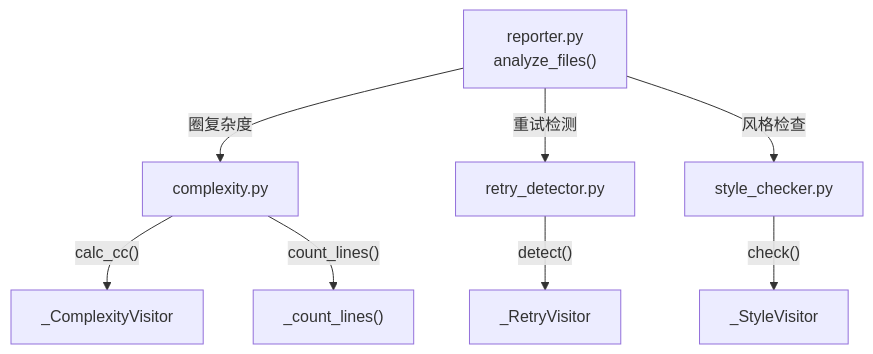
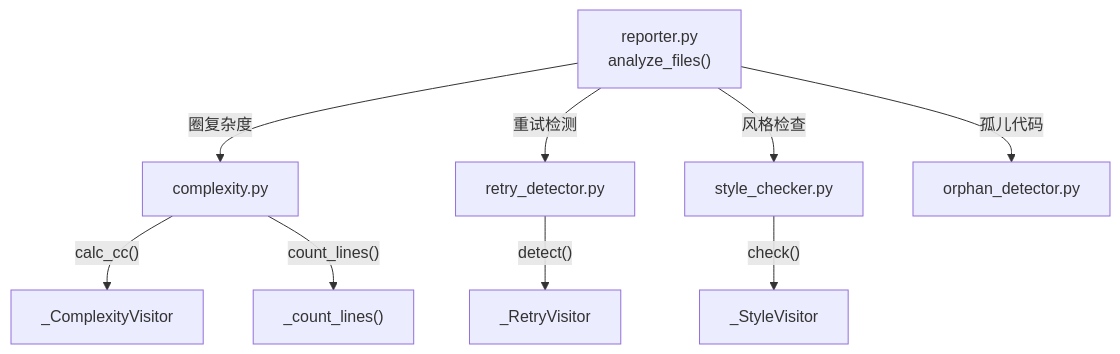
One commit to sunhatSH/CodeReviewerBot changed the diagram in docs/analyzers/python/structure.md. Above: the diagram before and after it, drawn with Mermaid. The commit also changed other lines of this file and 11 other files, not shown here.

````diff
--- a/docs/analyzers/python/structure.md
+++ b/docs/analyzers/python/structure.md
@@ -5,15 +5,17 @@
 ```mermaid
 graph TD
     REPORTER["reporter.py<br/>analyze_files()"] -->|圈复杂度| COMPLEXITY["complexity.py"]
     REPORTER -->|重试检测| RETRY["retry_detector.py"]
     REPORTER -->|风格检查| STYLE["style_checker.py"]
+    REPORTER -->|孤儿代码| ORPHAN["orphan_detector.py"]
     COMPLEXITY -->|"calc_cc()"| VISITOR["_ComplexityVisitor"]
     COMPLEXITY -->|"count_lines()"| LINES["_count_lines()"]
     RETRY -->|"detect()"| RTVISITOR["_RetryVisitor"]
     STYLE -->|"check()"| S_VISITOR["_StyleVisitor"]
 
     click COMPLEXITY "../../../src/crb/analyzers/python/complexity.py" "Complexity analysis"
     click RETRY "../../../src/crb/analyzers/python/retry_detector.py" "Retry detector"
     click STYLE "../../../src/crb/analyzers/python/style_checker.py" "Style checker"
+    click ORPHAN "../../../src/crb/analyzers/python/orphan_detector.py" "Orphan detector"
     click REPORTER "../../../src/crb/analyzers/python/reporter.py" "Reporter"
 ```
````
